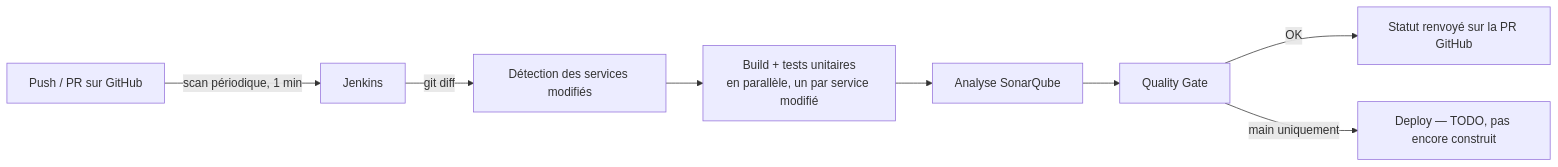
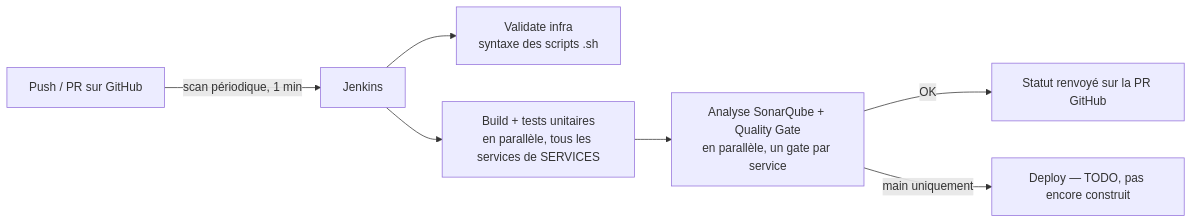
The diagram in docs/01-ci-cd.md (Dahreau/travel-plan), drawn with Mermaid before and after one commit. The commit also changed other lines of this file and 23 other files, not shown here.

````diff
--- a/docs/01-ci-cd.md
+++ b/docs/01-ci-cd.md
@@ -59,10 +59,9 @@
 ```mermaid
 flowchart LR
     Dev[Push / PR sur GitHub] -->|scan périodique, 1 min| Jenkins
-    Jenkins -->|git diff| Detect[Détection des services modifiés]
-    Detect --> Build[Build + tests unitaires<br/>en parallèle, un par service modifié]
-    Build --> Sonar[Analyse SonarQube]
-    Sonar --> Gate[Quality Gate]
-    Gate -->|OK| Status[Statut renvoyé sur la PR GitHub]
-    Gate -->|main uniquement| Deploy[Deploy — TODO, pas encore construit]
+    Jenkins --> Infra[Validate infra<br/>syntaxe des scripts .sh]
+    Jenkins --> Build[Build + tests unitaires<br/>en parallèle, tous les services de SERVICES]
+    Build --> Sonar[Analyse SonarQube + Quality Gate<br/>en parallèle, un gate par service]
+    Sonar -->|OK| Status[Statut renvoyé sur la PR GitHub]
+    Sonar -->|main uniquement| Deploy[Deploy — TODO, pas encore construit]
 ```
````
